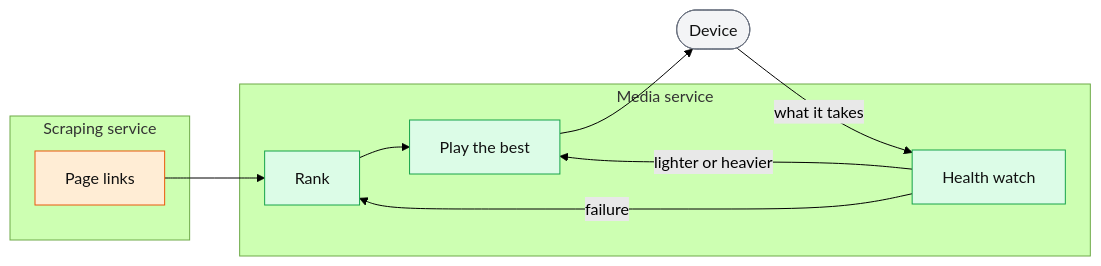
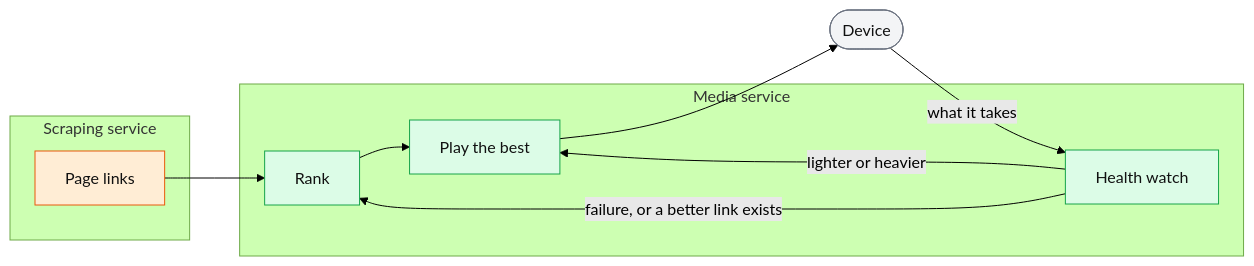
Before and after one commit to stupside/castor: the fourth of 4 diagrams in ARCHITECTURE.md, drawn with Mermaid (forest theme). The commit also changed other lines of this file and 19 other files, not shown here.

First line of the commit message:
feat(cast): go back to a better ranked link once the cast plays well

````diff
--- a/ARCHITECTURE.md
+++ b/ARCHITECTURE.md
@@ -111,23 +111,23 @@
 ```mermaid
 flowchart LR
     subgraph scrapeS["Scraping service"]
         page[Page links]
     end
     subgraph mediaS["Media service"]
         rank[Rank] --> play[Play the best]
         watch[Health watch]
     end
     device([Device])
     page --> rank
     play --> device
     device -- what it takes --> watch
     watch -- lighter or heavier --> play
-    watch -- failure --> rank
+    watch -- failure, or a better link exists --> rank
     classDef apiNode fill:#dbeafe,stroke:#2563eb,color:#111
     classDef mediaNode fill:#dcfce7,stroke:#16a34a,color:#111
     classDef scrapeNode fill:#ffedd5,stroke:#ea580c,color:#111
     classDef outside fill:#f3f4f6,stroke:#6b7280,color:#111
     class page scrapeNode
     class rank,play,watch mediaNode
     class device outside
 ```
````
